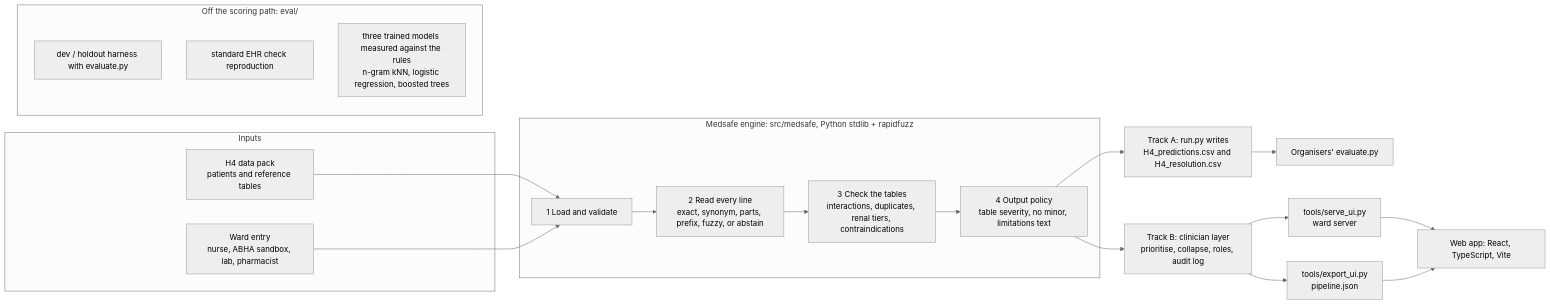
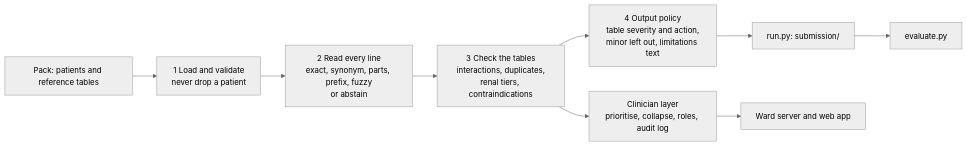
Before and after one commit to PavanSuryaChintada/h4-hosp-patient: the diagram in README.md, drawn with Mermaid (neutral theme). The commit also changed other lines of this file and 6 other files, not shown here.

````diff
--- a/README.md
+++ b/README.md
@@ -71,24 +87,11 @@
 ```mermaid
 flowchart LR
-  subgraph IN[Inputs]
-    PACK[H4 data pack<br/>patients and reference tables]
-    WARD[Ward entry<br/>nurse, ABHA sandbox, lab, pharmacist]
-  end
-  subgraph ENGINE[Medsafe engine: src/medsafe, Python stdlib + rapidfuzz]
-    LOAD[1 Load and validate] --> READ[2 Read every line<br/>exact, synonym, parts, prefix, fuzzy, or abstain]
-    READ --> RULES[3 Check the tables<br/>interactions, duplicates, renal tiers, contraindications]
-    RULES --> POLICY[4 Output policy<br/>table severity, no minor, limitations text]
-  end
-  PACK --> LOAD
-  WARD --> LOAD
-  POLICY --> SUB[Track A: run.py writes<br/>H4_predictions.csv and H4_resolution.csv]
-  SUB --> EVAL[Organisers' evaluate.py]
-  POLICY --> CLIN[Track B: clinician layer<br/>prioritise, collapse, roles, audit log]
-  CLIN --> SERVER[tools/serve_ui.py<br/>ward server] --> APP[Web app: React, TypeScript, Vite]
-  CLIN --> EXPORT[tools/export_ui.py<br/>pipeline.json] --> APP
-  subgraph SIDE[Off the scoring path: eval/]
-    HARNESS[dev / holdout harness with evaluate.py]
-    EHR[standard EHR check reproduction]
-    ML[three trained models measured against the rules<br/>n-gram kNN, logistic regression, boosted trees]
-  end
+  PACK[Pack: patients and reference tables] --> LOAD[1 Load and validate<br/>never drop a patient]
+  LOAD --> READ[2 Read every line<br/>exact, synonym, parts, prefix, fuzzy<br/>or abstain]
+  READ --> RULES[3 Check the tables<br/>interactions, duplicates,<br/>renal tiers, contraindications]
+  RULES --> POLICY[4 Output policy<br/>table severity and action,<br/>minor left out, limitations text]
+  POLICY --> SUB[run.py: submission/]
+  SUB --> EVAL[evaluate.py]
+  RULES --> CLIN[Clinician layer<br/>prioritise, collapse, roles, audit log]
+  CLIN --> APP[Ward server and web app]
 ```
````
